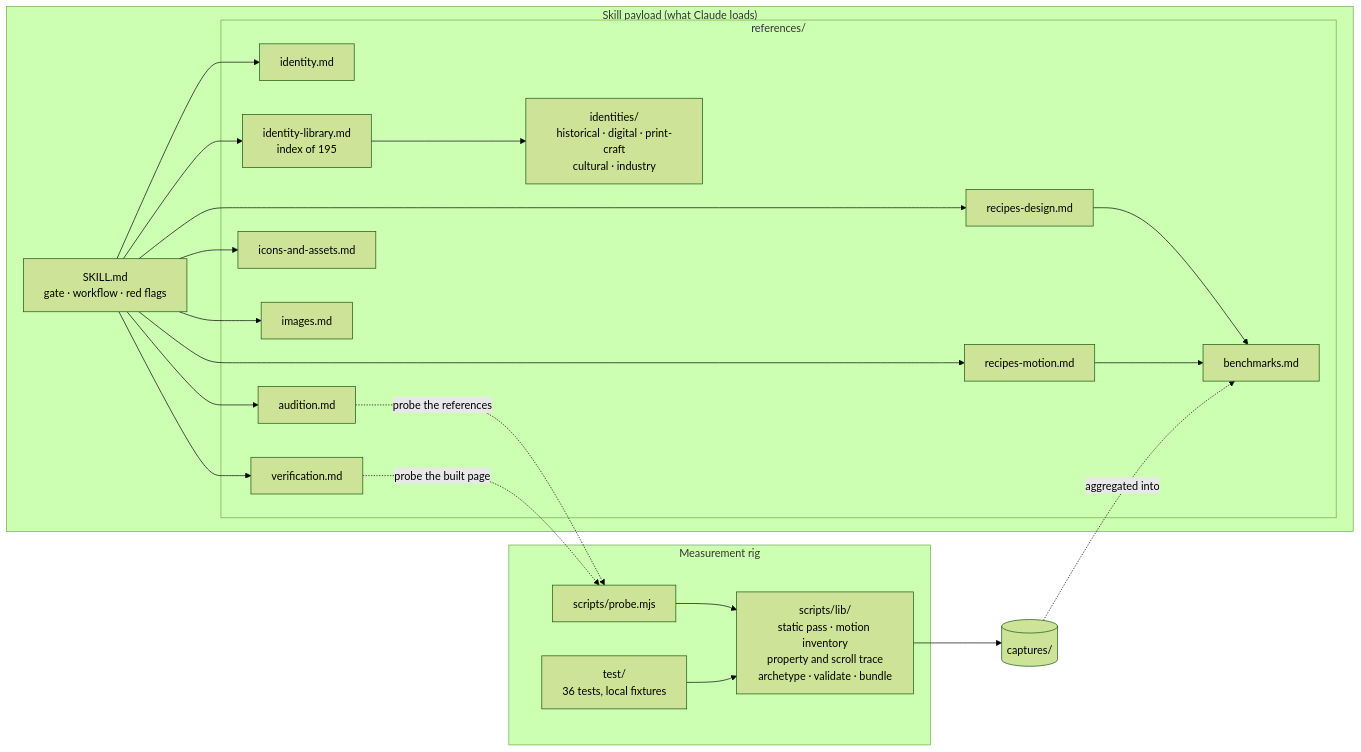
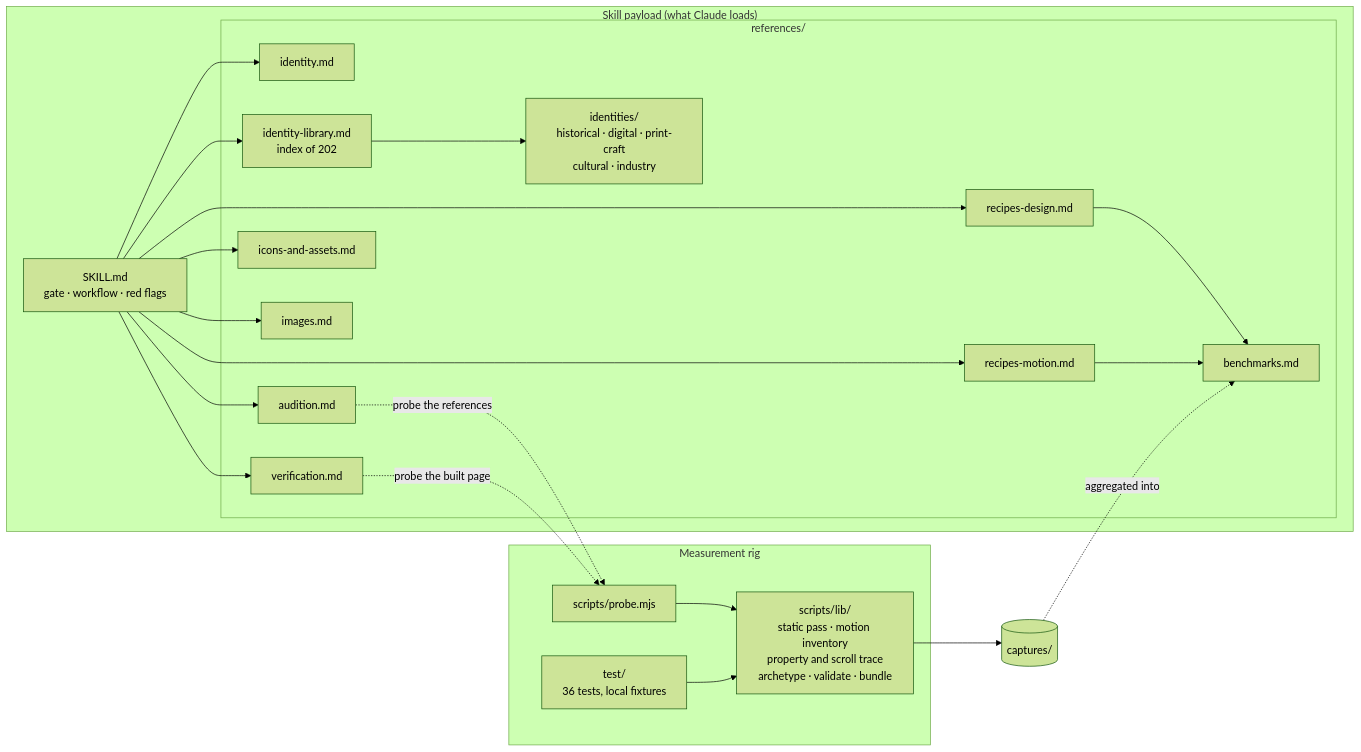
Before and after one commit to jounimn/df-design: the second of 2 diagrams in README.md, drawn with Mermaid (forest theme). The commit also changed 6 other files, not shown here.

````diff
--- a/README.md
+++ b/README.md
@@ -159,32 +159,32 @@
 ```mermaid
 flowchart LR
     subgraph Skill["Skill payload (what Claude loads)"]
         SK["SKILL.md<br/>gate · workflow · red flags"]
         subgraph Refs["references/"]
             ID["identity.md"]
             AUD["audition.md"]
-            LIB["identity-library.md<br/>index of 195"]
+            LIB["identity-library.md<br/>index of 202"]
             FAM["identities/<br/>historical · digital · print-craft<br/>cultural · industry"]
             RD["recipes-design.md"]
             RM["recipes-motion.md"]
             IC["icons-and-assets.md"]
             IMG["images.md"]
             VER["verification.md"]
             BEN["benchmarks.md"]
         end
     end
     subgraph Rig["Measurement rig"]
         PRB["scripts/probe.mjs"]
         LIBS["scripts/lib/<br/>static pass · motion inventory<br/>property and scroll trace<br/>archetype · validate · bundle"]
         TST["test/<br/>36 tests, local fixtures"]
     end
     SK --> ID & AUD & LIB & RD & RM & IC & IMG & VER
     LIB --> FAM
     RD & RM --> BEN
     PRB --> LIBS
     LIBS --> CAP[("captures/")]
     CAP -. "aggregated into" .-> BEN
     AUD -. "probe the references" .-> PRB
     VER -. "probe the built page" .-> PRB
     TST --> LIBS
 ```
````
